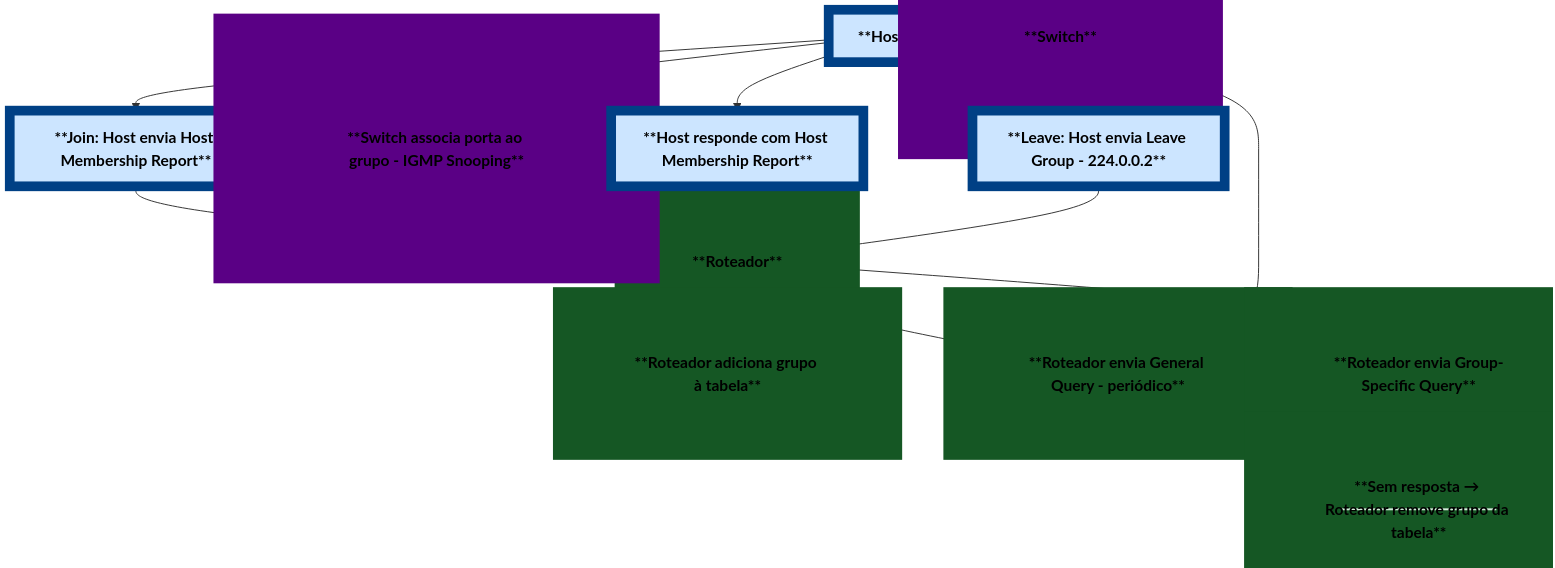
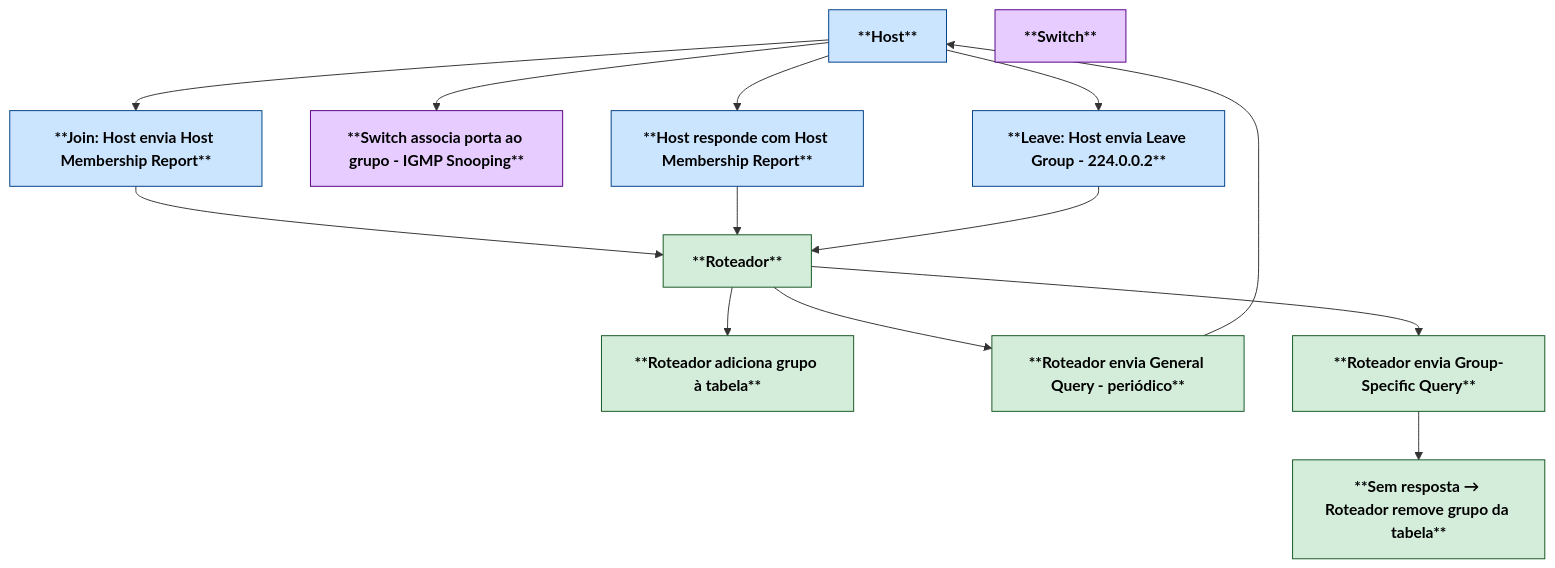
The second of 2 diagrams in CCNP 350-401 ENCOR/03 - Infrastructure/01 - Multicast/02 - IGMP/README.md (alcancil/Cisco), drawn with Mermaid before and after one commit.

Commit message:
Adicionado Simulados 01, 02, 03 e dashboard

````diff
--- a/CCNP 350-401 ENCOR/03 - Infrastructure/01 - Multicast/02 - IGMP/README.md
+++ b/CCNP 350-401 ENCOR/03 - Infrastructure/01 - Multicast/02 - IGMP/README.md
@@ -136,30 +136,30 @@
 ```mermaid
 flowchart TD
 
     %% --- Definição dos nós ---
     H[**Host**]:::host
     S[**Switch**]:::switch
     R[**Roteador**]:::router
 
     J1[**Join: Host envia Host Membership Report**]:::host
     J2[**Roteador adiciona grupo à tabela**]:::router
     J3[**Switch associa porta ao grupo - IGMP Snooping**]:::switch
 
     M1[**Roteador envia General Query - periódico**]:::router
     M2[**Host responde com Host Membership Report**]:::host
 
     L1[**Leave: Host envia Leave Group - 224.0.0.2**]:::host
     L2[**Roteador envia Group-Specific Query**]:::router
     L3[**Sem resposta → Roteador remove grupo da tabela**]:::router
 
     %% --- Conexões ---
     H --> J1 --> R --> J2
     H --> J3
     R --> M1 --> H --> M2 --> R
     H --> L1 --> R --> L2 --> L3
 
     %% --- Estilos ---
-    classDef host fill:#cce5ff,stroke:#004085,stroke-width:10px,color:#000,font-weight:bold;
-    classDef switch fill:#e6ccff,stroke:#5a0085,stroke-width:200px,color:#000,font-weight:bold;
-    classDef router fill:#d4edda,stroke:#155724,stroke-width:100px,color:#000,font-weight:bold;
+    classDef host fill:#cce5ff,stroke:#004085,color:#000,font-weight:bold;
+    classDef switch fill:#e6ccff,stroke:#5a0085,color:#000,font-weight:bold;
+    classDef router fill:#d4edda,stroke:#155724,color:#000,font-weight:bold;
 ```
````
